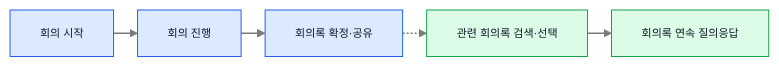
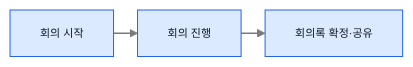
Before and after one commit to ericyum/Obsidian: the first of 11 diagrams in ZENAI/에이전트 설계/회의록 에이전트 설계/1. 회의록 에이전트 워크플로우 graph 정의.md, drawn with Mermaid. The commit also changed other lines of this file and 6 other files, not shown here.

````diff
--- a/ZENAI/에이전트 설계/회의록 에이전트 설계/1. 회의록 에이전트 워크플로우 graph 정의.md
+++ b/ZENAI/에이전트 설계/회의록 에이전트 설계/1. 회의록 에이전트 워크플로우 graph 정의.md
@@ -11,13 +13,9 @@
 ```mermaid
 %%{init: {"flowchart": {"useMaxWidth": true, "nodeSpacing": 20, "rankSpacing": 24, "curve": "linear"}, "themeVariables": {"fontSize": "11px"}}}%%
 flowchart LR
     A["회의 시작"] --> B["회의 진행"]
     B --> C["회의록 확정·공유"]
-    C -.-> D["관련 회의록 검색·선택"]
-    D --> E["회의록 연속 질의응답"]
     classDef creation fill:#dbeafe,stroke:#2563eb,color:#111827;
-    classDef usage fill:#dcfce7,stroke:#16a34a,color:#111827;
     class A,B,C creation;
-    class D,E usage;
     linkStyle default stroke:#7a7a7a,stroke-width:1.5px;
 ```
````
